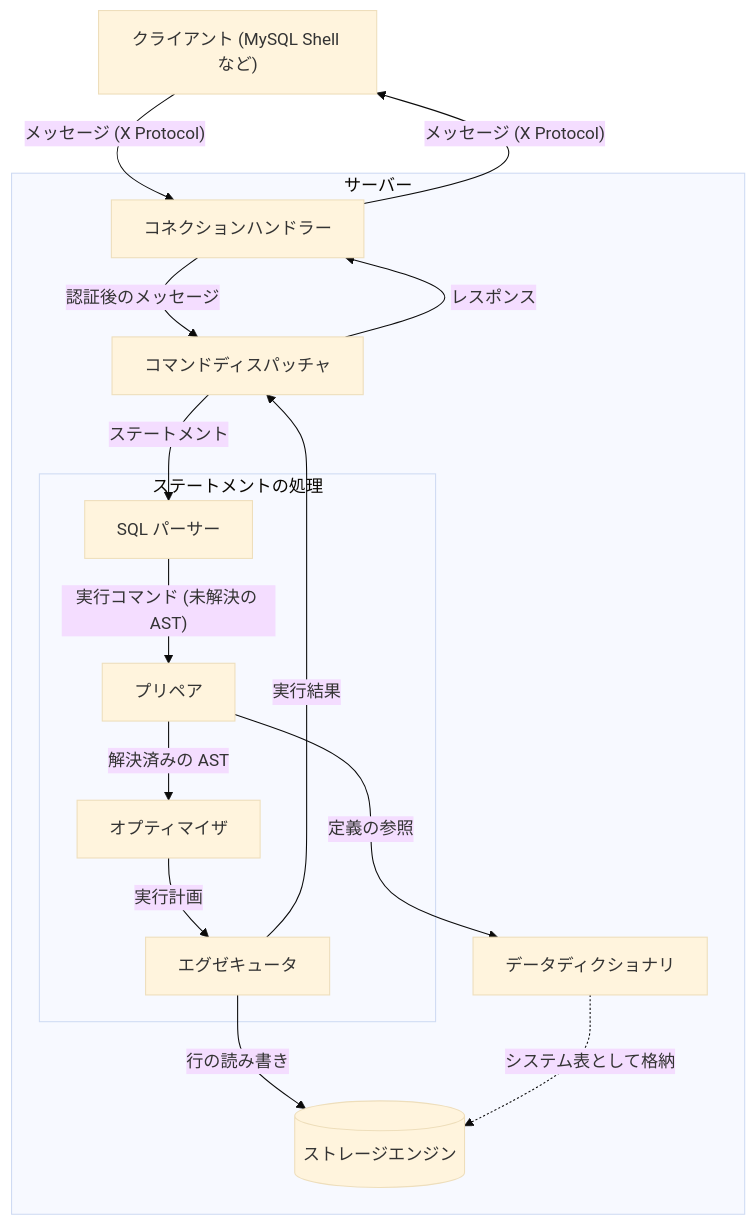
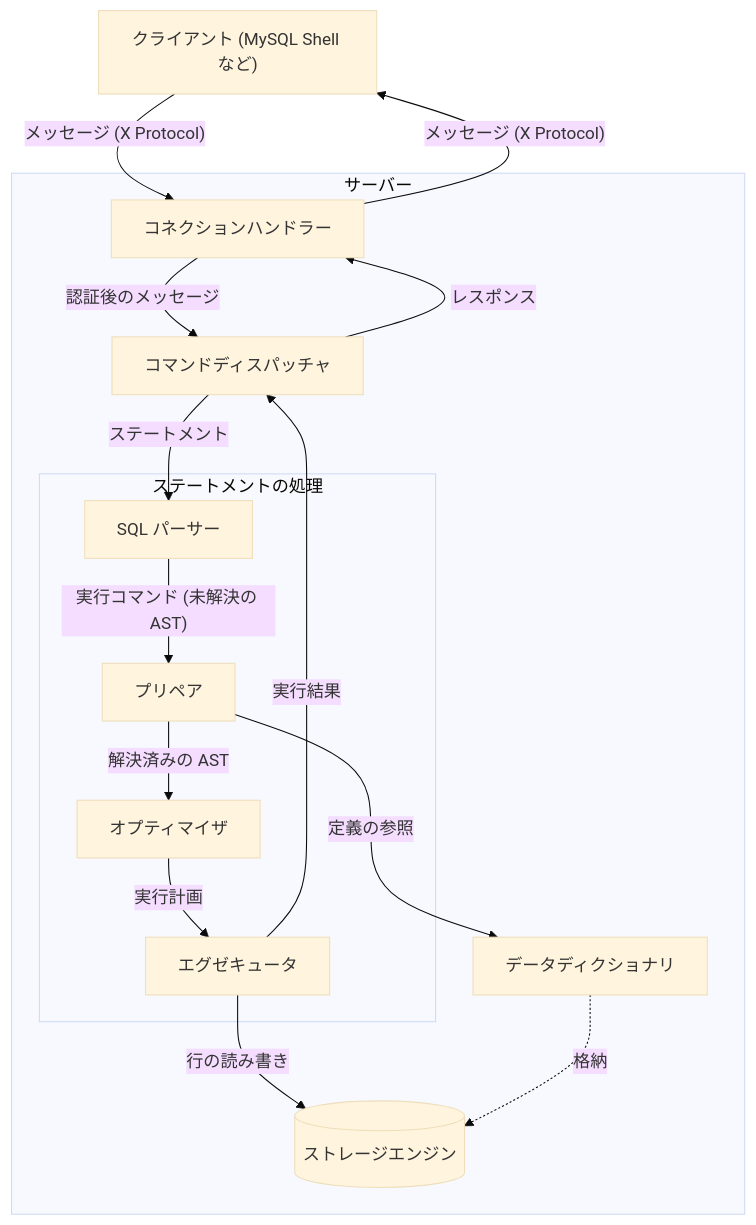
One commit to ren-yamanashi/minesql changed the diagram in docs/specification/README.md. Above: the diagram before and after it, drawn with Mermaid (base theme). The commit also changed 14 other files, not shown here.

````diff
--- a/docs/specification/README.md
+++ b/docs/specification/README.md
@@ -7,32 +7,32 @@
 ```mermaid
 flowchart TB
     client["クライアント (MySQL Shell など)"]
 
     subgraph server["サーバー"]
         conn["コネクションハンドラー"]
         dispatcher["コマンドディスパッチャ"]
 
         subgraph sqlproc["ステートメントの処理"]
             parser["SQL パーサー"]
             prepare["プリペア"]
             optimizer["オプティマイザ"]
             executor["エグゼキュータ"]
         end
 
         dict["データディクショナリ"]
         engine[("ストレージエンジン")]
     end
 
     client -->|"メッセージ (X Protocol)"| conn
     conn -->|"認証後のメッセージ"| dispatcher
     dispatcher -->|"ステートメント"| parser
     parser -->|"実行コマンド (未解決の AST)"| prepare
     prepare -->|"解決済みの AST"| optimizer
     prepare -->|"定義の参照"| dict
     optimizer -->|"実行計画"| executor
     executor -->|"行の読み書き"| engine
     executor -->|"実行結果"| dispatcher
     dispatcher -->|"レスポンス"| conn
     conn -->|"メッセージ (X Protocol)"| client
-    dict -.->|"システム表として格納"| engine
+    dict -.->|"格納"| engine
 ```
````
